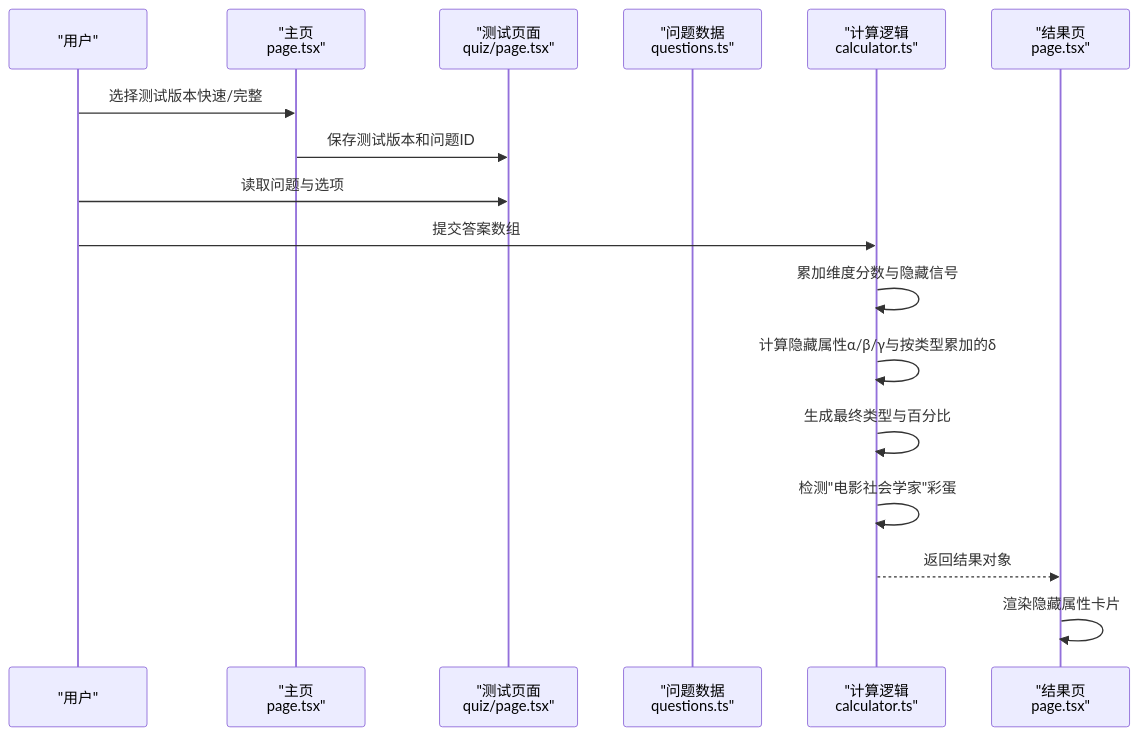
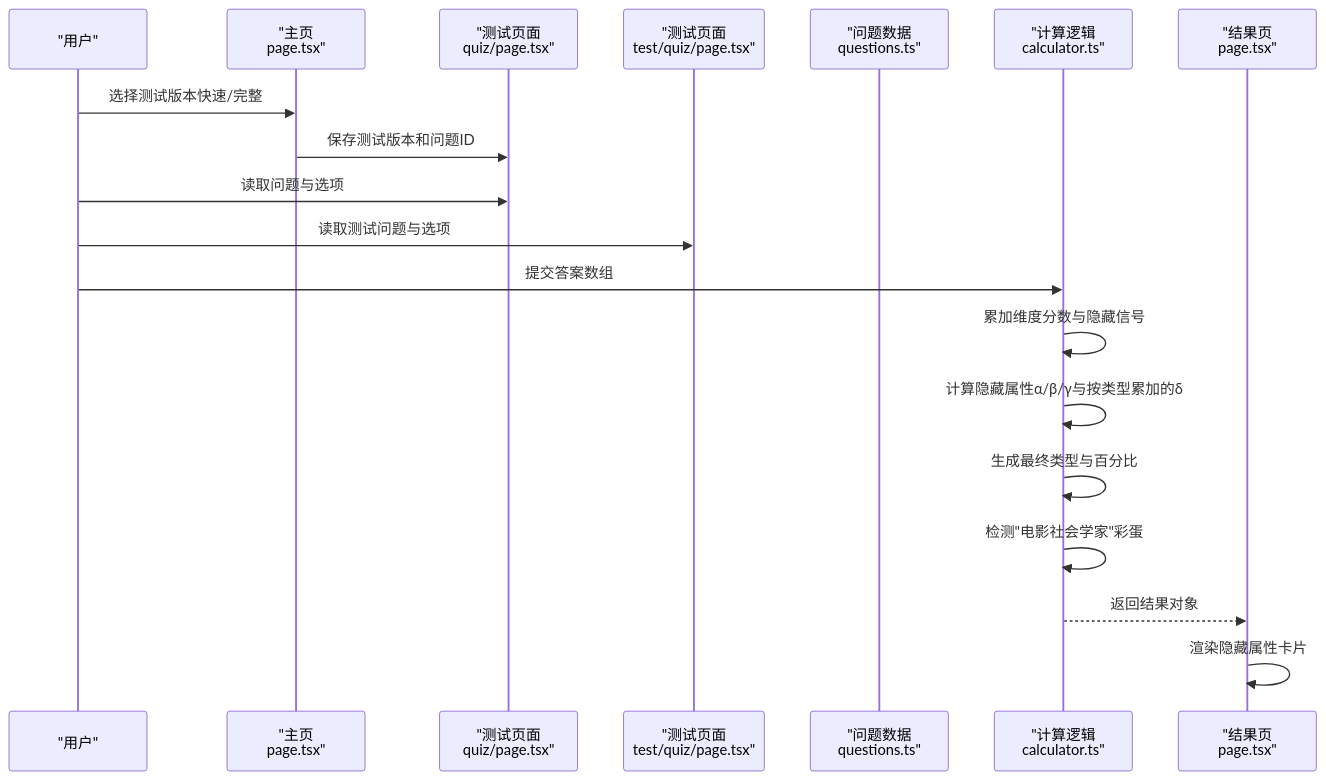
Before and after one commit to Dragon0412/fbti-app: the second of 3 diagrams in .qoder/repowiki/zh/content/数据模型设计/问题数据结构.md, drawn with Mermaid. The commit also changed other lines of this file and 14 other files, not shown here.

````diff
--- a/.qoder/repowiki/zh/content/数据模型设计/问题数据结构.md
+++ b/.qoder/repowiki/zh/content/数据模型设计/问题数据结构.md
@@ -98,19 +108,21 @@
 ```mermaid
 sequenceDiagram
 participant U as "用户"
 participant HP as "主页<br/>page.tsx"
 participant QZ as "测试页面<br/>quiz/page.tsx"
+participant QT as "测试页面<br/>test/quiz/page.tsx"
 participant Q as "问题数据<br/>questions.ts"
 participant C as "计算逻辑<br/>calculator.ts"
 participant R as "结果页<br/>page.tsx"
 U->>HP : 选择测试版本快速/完整
 HP->>QZ : 保存测试版本和问题ID
 U->>QZ : 读取问题与选项
+U->>QT : 读取测试问题与选项
 U->>C : 提交答案数组
 C->>C : 累加维度分数与隐藏信号
 C->>C : 计算隐藏属性α/β/γ与按类型累加的δ
 C->>C : 生成最终类型与百分比
 C->>C : 检测"电影社会学家"彩蛋
 C-->>R : 返回结果对象
 R->>R : 渲染隐藏属性卡片
 ```
````
